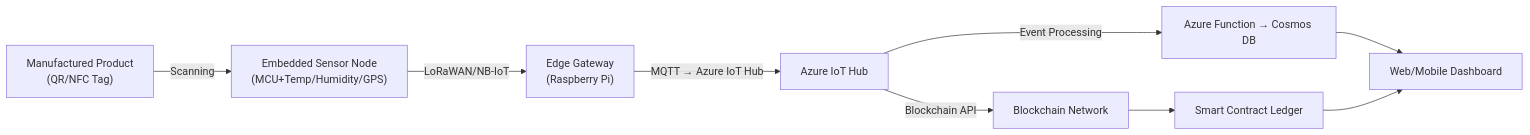
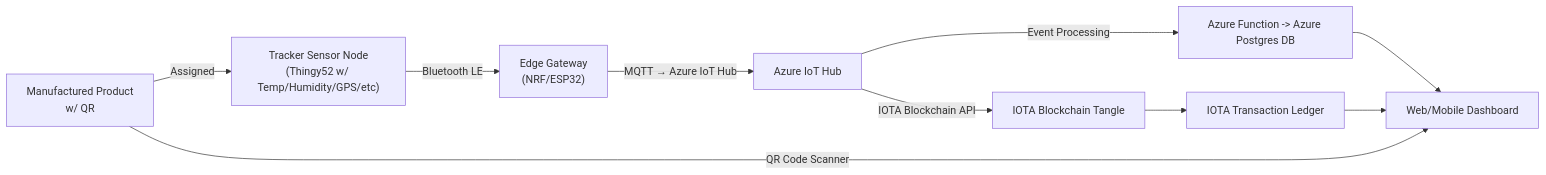
The first of 4 diagrams in README.md (liammulhern/CSSE4011), drawn with Mermaid before and after one commit.

Commit message:
docs: Updates flowchart

````diff
--- a/README.md
+++ b/README.md
@@ -42,11 +42,12 @@
 ```mermaid
 flowchart LR
-    A["Manufactured Product<br/>(QR/NFC Tag)"] -->|Scanning| B["Embedded Sensor Node<br/>(MCU+Temp/Humidity/GPS)"]
-    B -->|LoRaWAN/NB-IoT| C["Edge Gateway<br/>(Raspberry Pi)"]
+    A["Manufactured Product<br/>w/ QR"] -->|Assigned| B["Tracker Sensor Node<br/>(Thingy52 w/ Temp/Humidity/GPS/etc)"]
+    B -->|Bluetooth LE| C["Edge Gateway<br/>(NRF/ESP32)"]
     C -->|MQTT → Azure IoT Hub| D[Azure IoT Hub]
-    D -->|Event Processing| E[Azure Function → Cosmos DB]
-    D -->|Blockchain API| F[Blockchain Network]
-    F --> G[Smart Contract Ledger]
+    D -->|Event Processing| E[Azure Function -> Azure Postgres DB]
+    D -->|IOTA Blockchain API| F[IOTA Blockchain Tangle]
+    F --> G[IOTA Transaction Ledger]
     E --> H[Web/Mobile Dashboard]
     G --> H
+    A -->|QR Code Scanner| H
 ```
````
